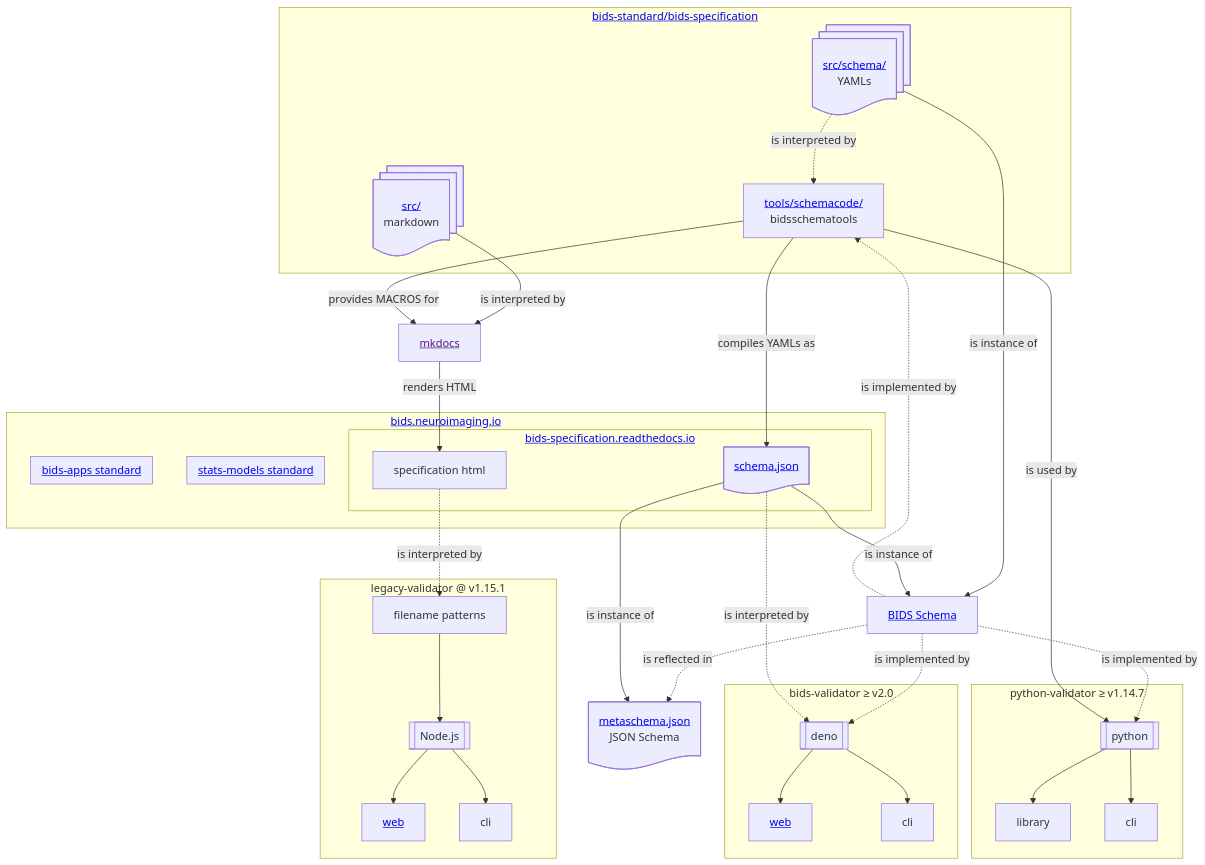
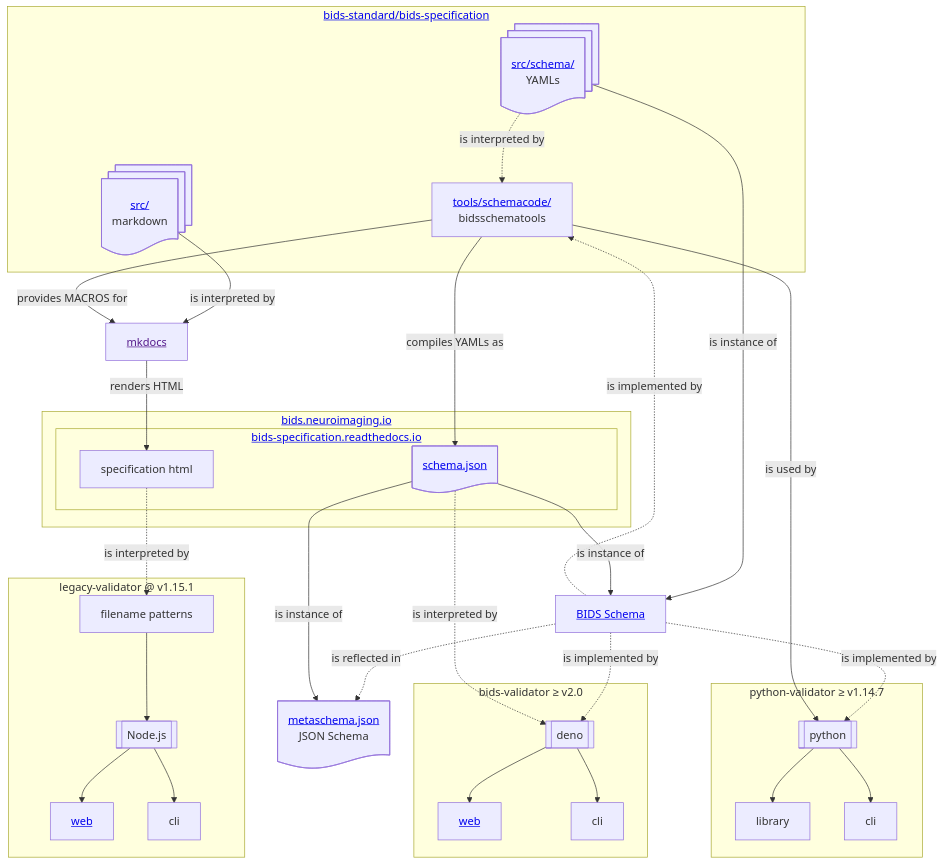
Before and after one commit to bids-standard/bids-website: the diagram in docs/standards/index.md, drawn with Mermaid.

Commit message:
Remove bids-apps and stats-models since unrelated to schema

````diff
--- a/docs/standards/index.md
+++ b/docs/standards/index.md
@@ -18,70 +18,64 @@
 ```mermaid
 ---
 config:
   layout: dagre
 ---
 flowchart TB
     subgraph bids-specification-repo["<a href=https://github.com/bids-standard/bids-specification>bids-standard/bids-specification</a>"]
         markdown@{ label: "<a href='https://github.com/bids-standard/bids-specification/tree/v1.10.0/src'>src/</a><br>markdown" }
         bidsschematools@{ label: "<a href='https://github.com/bids-standard/bids-specification/tree/v1.10.0/tools/schemacode'>tools/schemacode/</a><br/>bidsschematools" }
         schema@{ label: "<a href='https://github.com/bids-standard/bids-specification/tree/v1.10.0/src/schema'>src/schema/</a><br>YAMLs" }
     end
     subgraph s2["<a href=https://bids-specification.readthedocs.io>bids-specification.readthedocs.io</a>"]
         specification["specification html"]
         schema.json@{ label: "<a href='https://bids-specification.readthedocs.io/en/v1.10.0/schema.json'>schema.json</a>" }
     end
-    subgraph s3["<a href=https://bids-standard.github.io/stats-models/>stats-models standard</a>"]
-    end
-    subgraph s4["<a href=https://bids-standard.github.io/execution-spec/>bids-apps standard</a>"]
-    end
     subgraph s5["<a href=https://bids.neuroimaging.io>bids.neuroimaging.io</a>"]
         s2
-        s3
-        s4
     end
     subgraph subGraph5["legacy-validator @ v1.15.1"]
         Node.js["Node.js"]
         regex["filename patterns"]
         web1@{ label: "<a href=\"https://bids-standard.github.io/legacy-validator/\">web</a>" }
         cli1["cli"]
     end
     subgraph subGraph6["bids-validator ≥ v2.0"]
         web@{ label: "<a href=\"https://bids-standard.github.io/bids-validator/\">web</a>" }
         deno["deno"]
         cli["cli"]
     end
     subgraph subGraph7["python-validator ≥ v1.14.7"]
         python["python"]
         library["library"]
         cli3["cli"]
     end
 
     schema -. is interpreted by .-> bidsschematools
     markdown -- is interpreted by --> mkdocs@{ label: "<a href=''>mkdocs</a>" }
     bidsschematools -- provides MACROS for --> mkdocs
     mkdocs -- renders HTML --> specification
     schema -- is instance of --> bids-schema["<a href=https://bids-website.readthedocs.io/en/latest/standards/schema/index.html>BIDS Schema</a>"]
     bids-schema -. is implemented by .-> deno & bidsschematools & python
     bids-schema -. is reflected in .-> metaschema.json@{ label: "<a href='https://github.com/bids-standard/bids-specification/blob/master/src/metaschema.json'>metaschema.json</a><br/>JSON Schema" }
     schema.json -- is instance of --> bids-schema & metaschema.json
     bidsschematools -- compiles YAMLs as --> schema.json
     regex --> Node.js
     Node.js --> web1 & cli1
     deno --> web & cli
     python --> library & cli3
     specification -. is interpreted by .-> regex
     schema.json -. is interpreted by .-> deno
     bidsschematools -- is used by --> python
 
     markdown@{ shape: docs}
     schema@{ shape: docs}
     bidsschematools@{ shape: proc}
     mkdocs@{ shape: proc}
     deno@{ shape: subproc}
     metaschema.json@{ shape: doc}
     schema.json@{ shape: doc}
     Node.js@{ shape: subproc}
     web1@{ shape: rect}
     web@{ shape: rect}
     python@{ shape: subproc}
 ```
````
